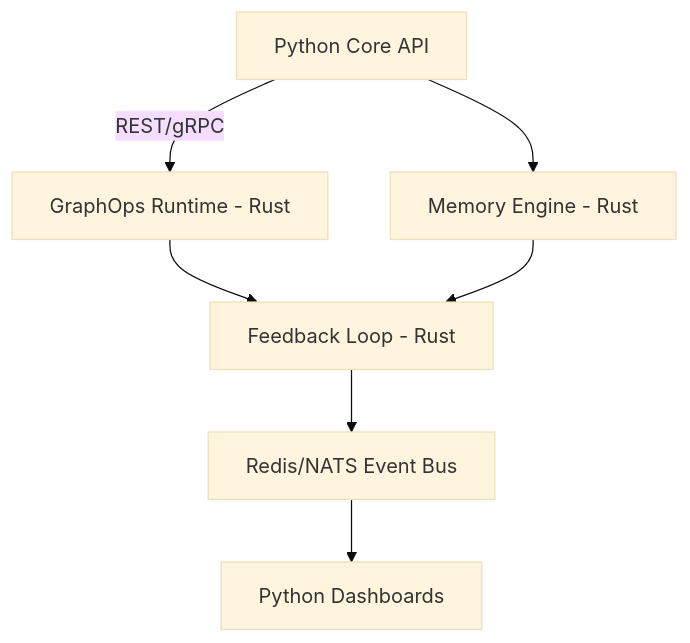
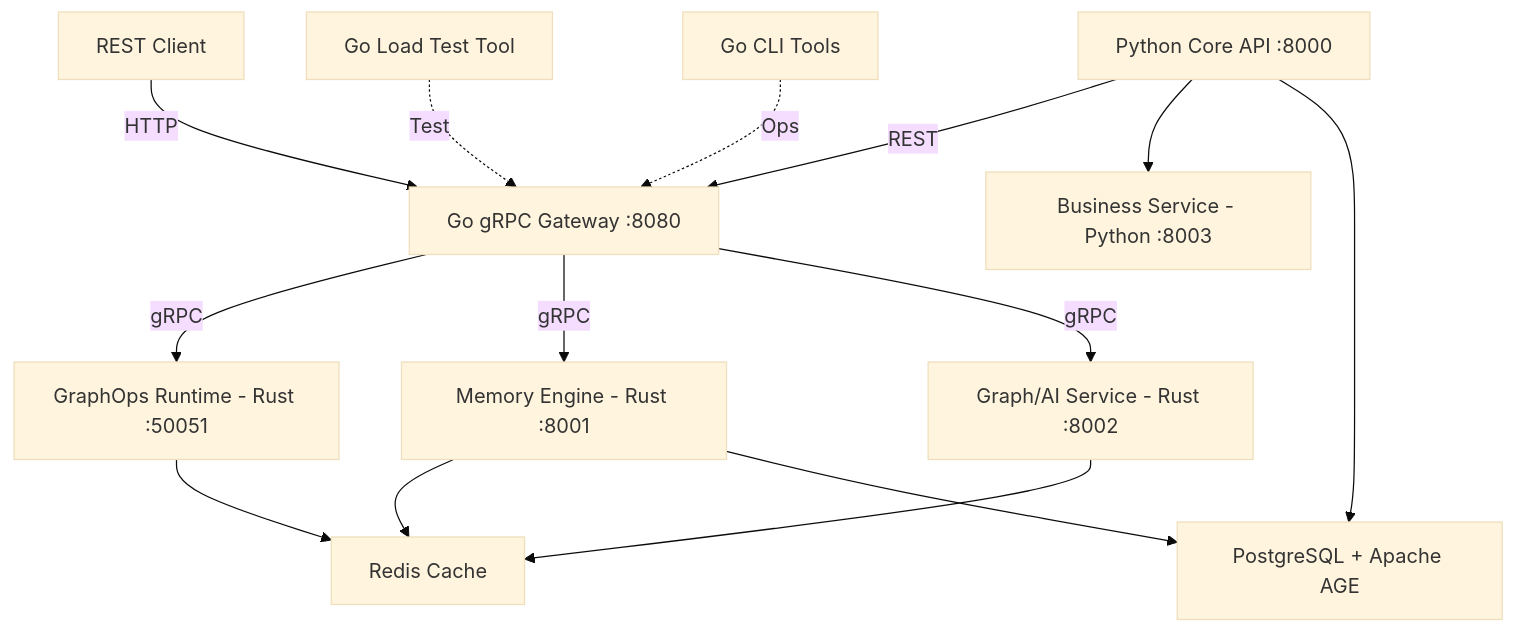
Before and after one commit to Arunosaur/ninaivalaigal: the first of 2 diagrams in specs/099-rust-migration-strategy/README.md, drawn with Mermaid (base theme). The commit also changed other lines of this file and 8 other files, not shown here.

First line of the commit message:
feat(spec-099, tasks): Add Go infrastructure to polyglot architecture

````diff
--- a/specs/099-rust-migration-strategy/README.md
+++ b/specs/099-rust-migration-strategy/README.md
@@ -103,9 +127,20 @@
 ```mermaid
 flowchart TD
-    A[Python Core API] -->|REST/gRPC| B[GraphOps Runtime - Rust]
-    A --> C[Memory Engine - Rust]
-    B --> D[Feedback Loop - Rust]
-    C --> D
-    D --> E[Redis/NATS Event Bus]
-    E --> F[Python Dashboards]
+    Client[REST Client] -->|HTTP| GW[Go gRPC Gateway :8080]
+    GW -->|gRPC| B[GraphOps Runtime - Rust :50051]
+    GW -->|gRPC| C[Memory Engine - Rust :8001]
+    GW -->|gRPC| G[Graph/AI Service - Rust :8002]
+
+    A[Python Core API :8000] -->|REST| GW
+    A --> D[Business Service - Python :8003]
+
+    B --> E[Redis Cache]
+    C --> E
+    G --> E
+
+    C --> F[PostgreSQL + Apache AGE]
+    A --> F
+
+    LT[Go Load Test Tool] -.->|Test| GW
+    CLI[Go CLI Tools] -.->|Ops| GW
 ```
````
